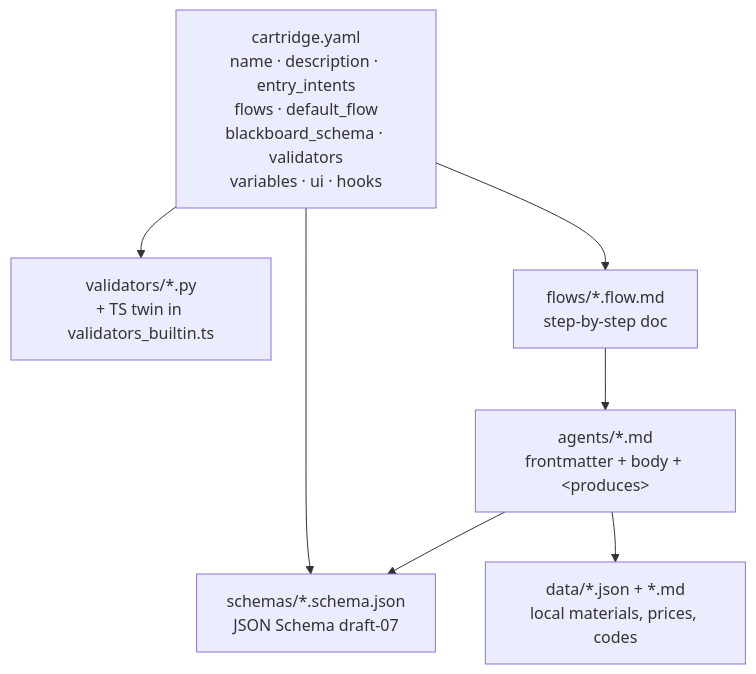
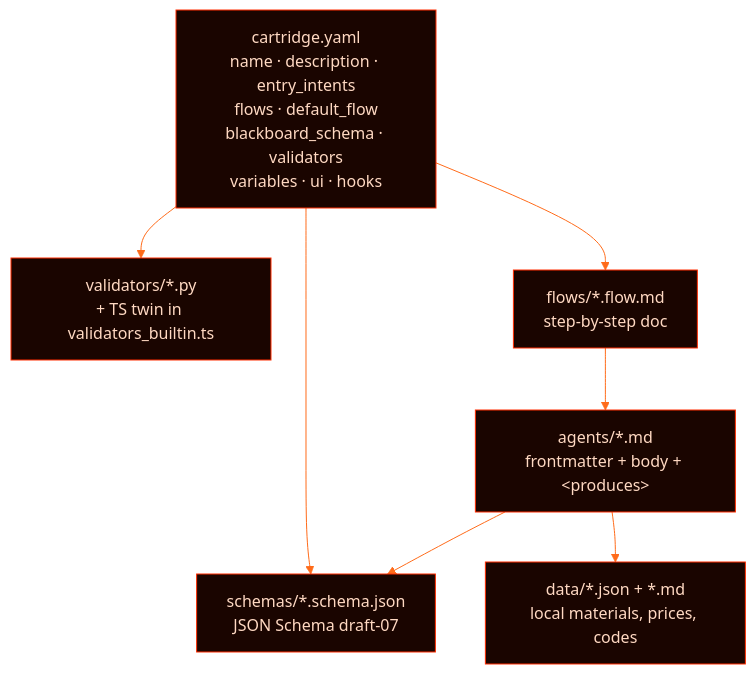
Before and after one commit to EvolvingAgentsLabs/skillos_mini: the second of 12 diagrams in docs/ARCHITECTURE.md, drawn with Mermaid. The commit also changed other lines of this file and 9 other files, not shown here.

````diff
--- a/docs/ARCHITECTURE.md
+++ b/docs/ARCHITECTURE.md
@@ -74,16 +84,17 @@
 ```mermaid
+%%{init: {'theme':'base', 'themeVariables': {'primaryColor':'#1a0500','primaryTextColor':'#ffd9c2','primaryBorderColor':'#ff2d00','lineColor':'#ff6b1a','secondaryColor':'#001a24','tertiaryColor':'#0a0408','background':'#0a0408','mainBkg':'#1a0500','clusterBkg':'#0a0408','clusterBorder':'#ff6b1a','edgeLabelBackground':'#0a0408','fontFamily':'ui-monospace, monospace'}}}%%
 flowchart TB
     Manifest["cartridge.yaml<br/>name · description · entry_intents<br/>flows · default_flow<br/>blackboard_schema · validators<br/>variables · ui · hooks"]
     Agents["agents/*.md<br/>frontmatter + body + &lt;produces&gt;"]
     Schemas["schemas/*.schema.json<br/>JSON Schema draft-07"]
     Validators["validators/*.py<br/>+ TS twin in validators_builtin.ts"]
     Flows["flows/*.flow.md<br/>step-by-step doc"]
     Data["data/*.json + *.md<br/>local materials, prices, codes"]
 
     Manifest --> Flows
     Manifest --> Schemas
     Manifest --> Validators
     Flows --> Agents
     Agents --> Schemas
     Agents --> Data
 ```
````
